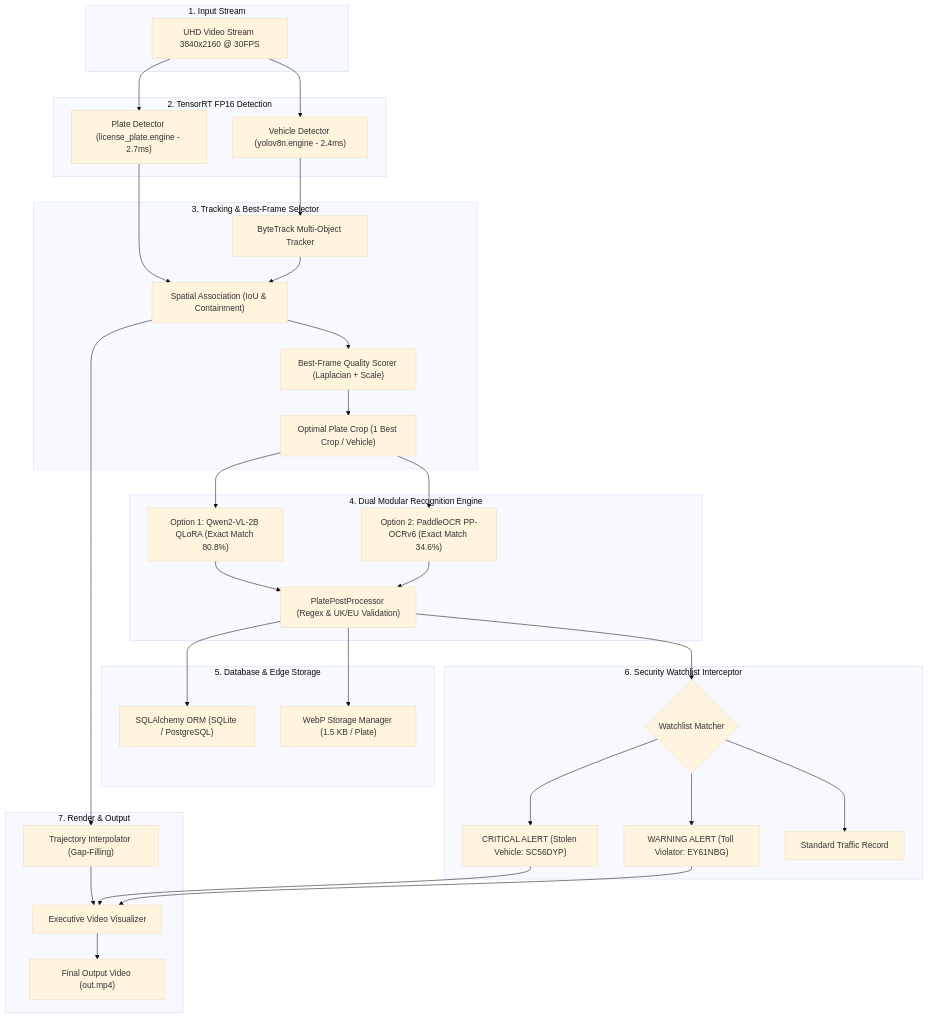
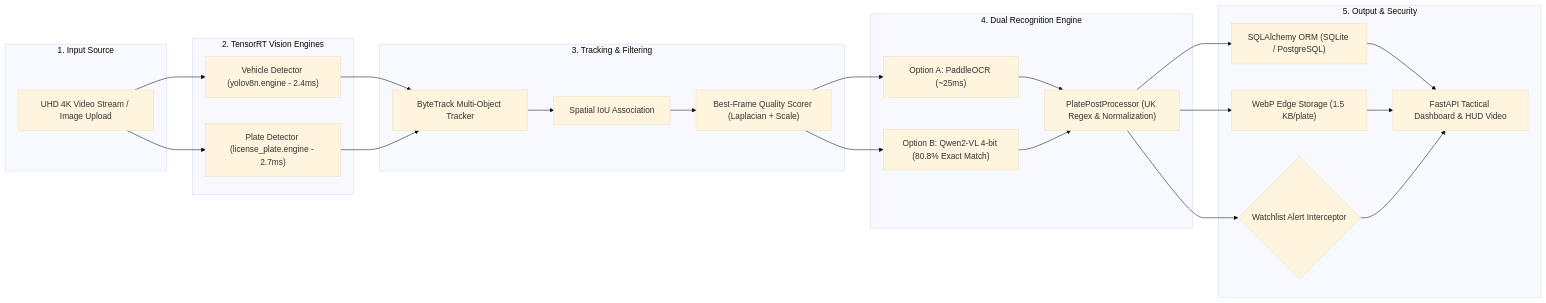
The diagram in README.md (BaoNguyenz/Automatic-number-plate-recognition), drawn with Mermaid (base theme) before and after one commit. The commit also changed other lines of this file and 2 other files, not shown here.

Commit message:
docs: modernize README.md with standard portfolio layout, screenshots, and benchmarks

````diff
--- a/README.md
+++ b/README.md
@@ -36,78 +40,35 @@
 ```mermaid
-graph TD
-    %% 1. INPUT LAYER
-    subgraph S1["1. Input Stream"]
-        A["UHD Video Stream 3840x2160 @ 30FPS"]
+flowchart LR
+    subgraph IN ["1. Input Source"]
+        A["UHD 4K Video Stream / Image Upload"]
     end
 
-    %% 2. TENSORRT INFERENCE
-    subgraph S2["2. TensorRT FP16 Detection"]
+    subgraph DET ["2. TensorRT Vision Engines"]
         B["Vehicle Detector (yolov8n.engine - 2.4ms)"]
         C["Plate Detector (license_plate.engine - 2.7ms)"]
     end
 
-    %% 3. TRACKING & QUALITY FILTER
-    subgraph S3["3. Tracking & Best-Frame Selector"]
+    subgraph TRK ["3. Tracking & Filtering"]
         D["ByteTrack Multi-Object Tracker"]
-        E["Spatial Association (IoU & Containment)"]
+        E["Spatial IoU Association"]
         F["Best-Frame Quality Scorer (Laplacian + Scale)"]
-        G["Optimal Plate Crop (1 Best Crop / Vehicle)"]
     end
 
-    %% 4. DUAL RECOGNITION ENGINES
-    subgraph S4["4. Dual Modular Recognition Engine"]
-        H1["Option 1: Qwen2-VL-2B QLoRA (Exact Match 80.8%)"]
-        H2["Option 2: PaddleOCR PP-OCRv6 (Exact Match 34.6%)"]
-        I["PlatePostProcessor (Regex & UK/EU Validation)"]
+    subgraph OCR ["4. Dual Recognition Engine"]
+        G1["Option A: PaddleOCR (~25ms)"]
+        G2["Option B: Qwen2-VL 4-bit (80.8% Exact Match)"]
+        H["PlatePostProcessor (UK Regex & Normalization)"]
     end
 
-    %% 5. STORAGE & DATABASE
-    subgraph S5["5. Database & Edge Storage"]
-        J["SQLAlchemy ORM (SQLite / PostgreSQL)"]
-        K["WebP Storage Manager (1.5 KB / Plate)"]
+    subgraph OUT ["5. Output & Security"]
+        I["SQLAlchemy ORM (SQLite / PostgreSQL)"]
+        J["WebP Edge Storage (1.5 KB/plate)"]
+        K{"Watchlist Alert Interceptor"}
+        L["FastAPI Tactical Dashboard & HUD Video"]
     end
 
-    %% 6. SECURITY WATCHLIST
-    subgraph S6["6. Security Watchlist Interceptor"]
-        L{"Watchlist Matcher"}
-        M1["CRITICAL ALERT (Stolen Vehicle: SC56DYP)"]
-        M2["WARNING ALERT (Toll Violator: EY61NBG)"]
-        M3["Standard Traffic Record"]
-    end
-
-    %% 7. VIDEO PRODUCTION
-    subgraph S7["7. Render & Output"]
-        N["Trajectory Interpolator (Gap-Filling)"]
-        O["Executive Video Visualizer"]
-        P["Final Output Video (out.mp4)"]
-    end
-
-    %% CLEAN PIPELINE FLOW
-    A --> B
-    A --> C
-    B --> D
-    C --> E
-    D --> E
-    E --> F
-    F --> G
-
-    G --> H1
-    G --> H2
-    H1 --> I
-    H2 --> I
-
-    I --> J
-    I --> K
-    I --> L
-
-    L --> M1
-    L --> M2
-    L --> M3
-
-    E --> N
-    N --> O
-    M1 --> O
-    M2 --> O
-    O --> P
-
+    A --> B & C
+    B & C --> D --> E --> F
+    F --> G1 & G2 --> H
+    H --> I & J & K --> L
 ```
````
